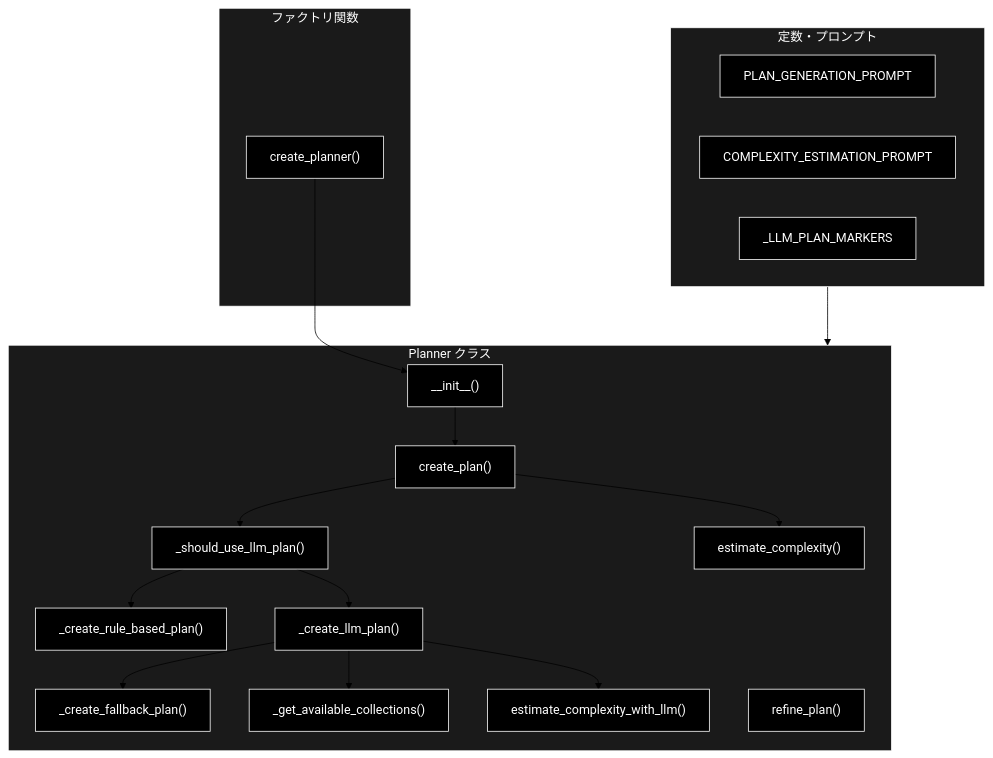
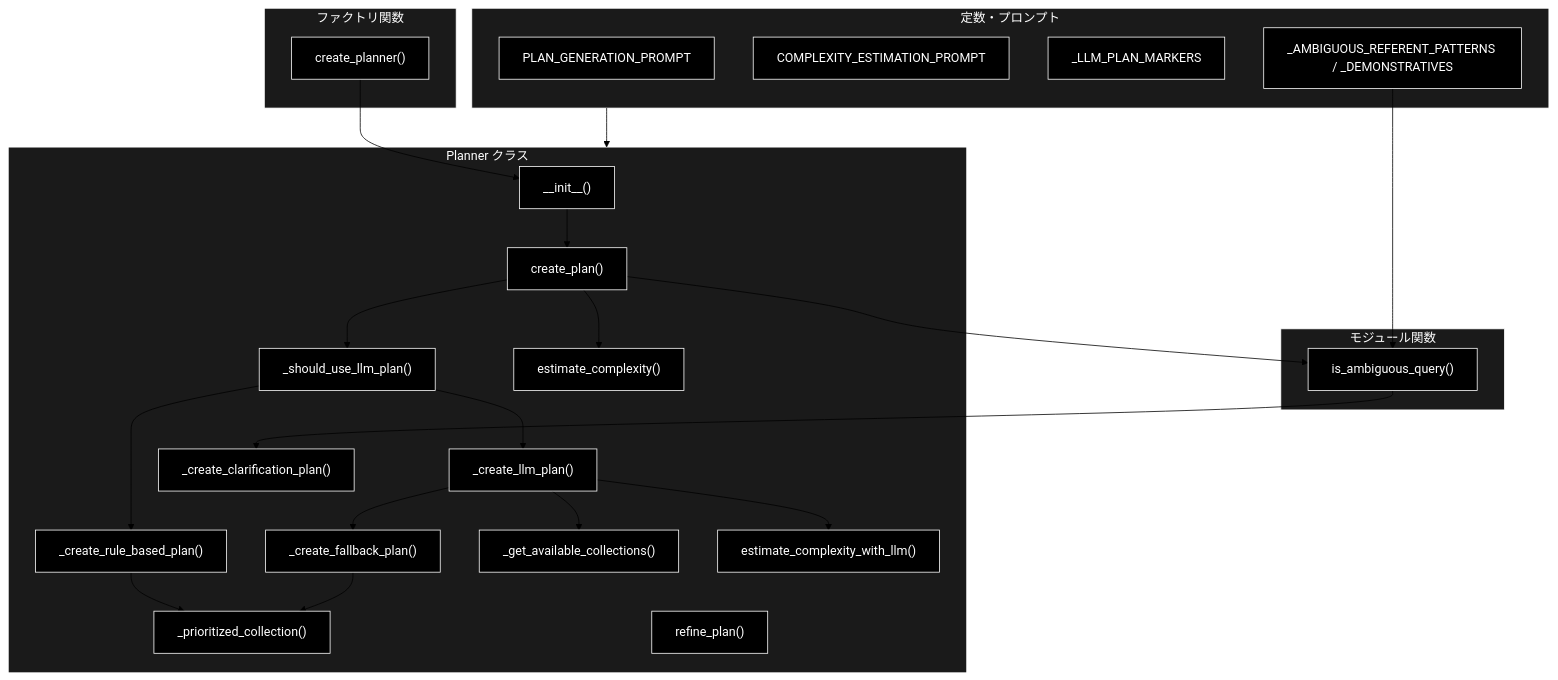
The second of 3 diagrams in grace/doc/planner.md (nakashima2toshio/anthropic_grace_agent_v2), drawn with Mermaid (forest theme) before and after one commit. The commit also changed other lines of this file, not shown here.

````diff
--- a/grace/doc/planner.md
+++ b/grace/doc/planner.md
@@ -123,42 +133,55 @@
 ```mermaid
 flowchart TB
     subgraph CONST["定数・プロンプト"]
         PROMPT["PLAN_GENERATION_PROMPT"]
         CPROMPT["COMPLEXITY_ESTIMATION_PROMPT"]
         MARKERS["_LLM_PLAN_MARKERS"]
+        AMBIG["_AMBIGUOUS_REFERENT_PATTERNS / _DEMONSTRATIVES"]
+    end
+
+    subgraph FUNC["モジュール関数"]
+        ISAMBIG["is_ambiguous_query()"]
     end
 
     subgraph PLANNER["Planner クラス"]
         INIT["__init__()"]
         CREATE["create_plan()"]
         SHOULD["_should_use_llm_plan()"]
+        PRIOR["_prioritized_collection()"]
         RULE["_create_rule_based_plan()"]
         LLMPLAN["_create_llm_plan()"]
+        CLARIFY["_create_clarification_plan()"]
         FALLBACK["_create_fallback_plan()"]
         GETCOLL["_get_available_collections()"]
         EST["estimate_complexity()"]
         ESTLLM["estimate_complexity_with_llm()"]
         REFINE["refine_plan()"]
     end
 
     subgraph FACTORY["ファクトリ関数"]
         CREATEP["create_planner()"]
     end
 
     CONST --> PLANNER
+    AMBIG --> ISAMBIG
     CREATEP --> INIT
     INIT --> CREATE
+    CREATE --> ISAMBIG
+    ISAMBIG --> CLARIFY
     CREATE --> EST
     CREATE --> SHOULD
     SHOULD --> RULE
     SHOULD --> LLMPLAN
+    RULE --> PRIOR
     LLMPLAN --> ESTLLM
     LLMPLAN --> GETCOLL
     LLMPLAN --> FALLBACK
+    FALLBACK --> PRIOR
 classDef default fill:#000,stroke:#fff,color:#fff
 classDef subgraphStyle fill:#1a1a1a,stroke:#fff,color:#fff
-class PROMPT,CPROMPT,MARKERS,INIT,CREATE,SHOULD,RULE,LLMPLAN,FALLBACK,GETCOLL,EST,ESTLLM,REFINE,CREATEP default
+class PROMPT,CPROMPT,MARKERS,AMBIG,ISAMBIG,INIT,CREATE,SHOULD,PRIOR,RULE,LLMPLAN,CLARIFY,FALLBACK,GETCOLL,EST,ESTLLM,REFINE,CREATEP default
 style CONST fill:#1a1a1a,stroke:#fff,color:#fff
+style FUNC fill:#1a1a1a,stroke:#fff,color:#fff
 style PLANNER fill:#1a1a1a,stroke:#fff,color:#fff
 style FACTORY fill:#1a1a1a,stroke:#fff,color:#fff
 ```
````
